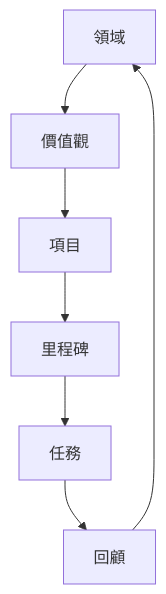
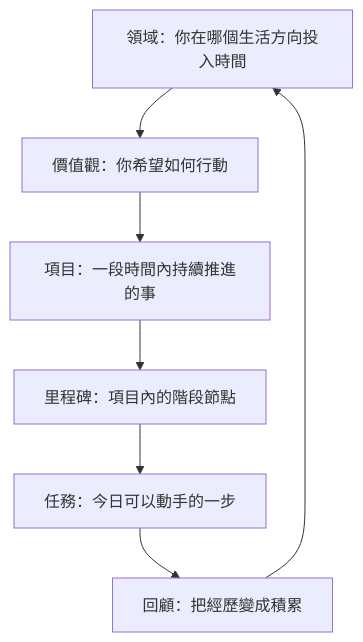
One commit to granoflow/granoflow-docs changed the diagram in manual/docs/zh-hk/value-to-action/from-domain-to-task.md. Above: the diagram before and after it, drawn with Mermaid. The commit also changed other lines of this file and 421 other files, not shown here.

````diff
--- a/manual/docs/zh-hk/value-to-action/from-domain-to-task.md
+++ b/manual/docs/zh-hk/value-to-action/from-domain-to-task.md
@@ -8,9 +14,9 @@
 ```mermaid
 graph TD
-  A[領域] --> B[價值觀]
-  B --> C[項目]
-  C --> D[里程碑]
-  D --> E[任務]
-  E --> F[回顧]
+  A[領域：你在哪個生活方向投入時間] --> B[價值觀：你希望如何行動]
+  B --> C[項目：一段時間內持續推進的事]
+  C --> D[里程碑：項目內的階段節點]
+  D --> E[任務：今日可以動手的一步]
+  E --> F[回顧：把經歷變成積累]
   F --> A
 ```
````
